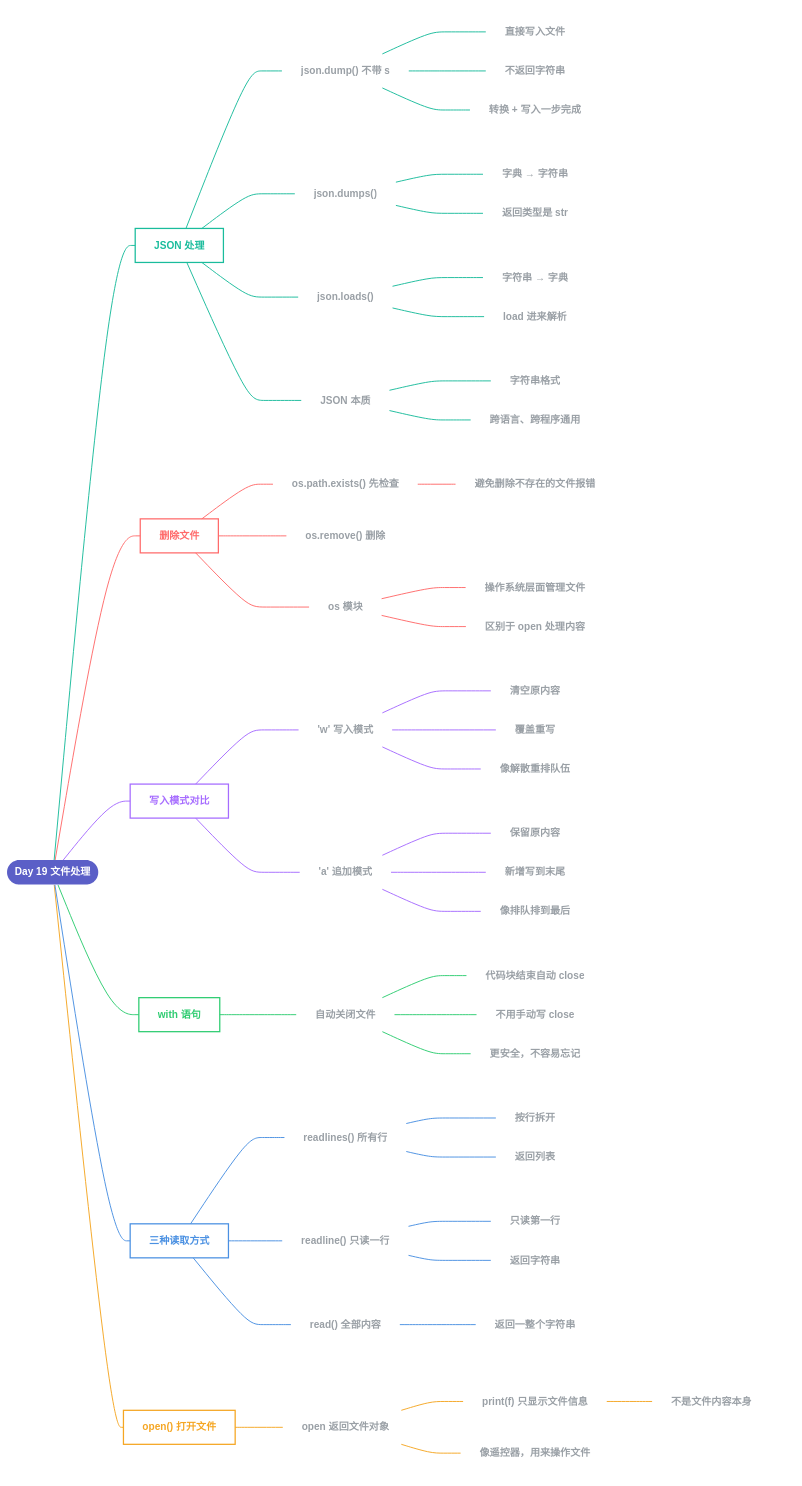
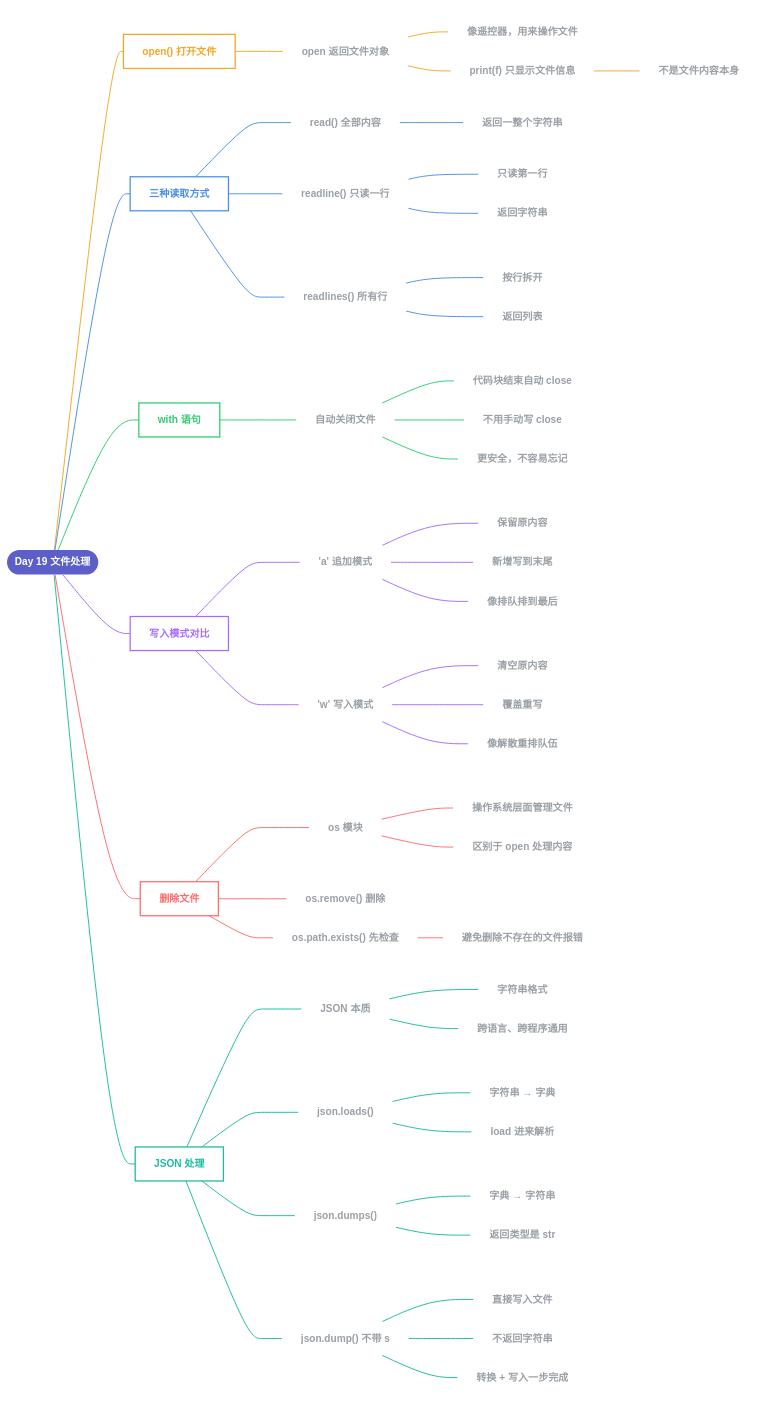
The diagram in Day19_文件处理.md (Lnnkun/30-days-of-python-notes), drawn with Mermaid before and after one commit. The commit also changed 4 other files, not shown here.

Commit message:
Day19 思维导图顺序统一（从上到下）；删除不再使用的速查图

```diff
--- a/Day19_文件处理.md
+++ b/Day19_文件处理.md
@@ -9,20 +9,14 @@
   subgraph sn1[" "]
   n1 --- n2["像遥控器，用来操作文件"]
   n1 --- n3["print(f) 只显示文件信息"]
-  subgraph sn3[" "]
   n3 --- n4["不是文件内容本身"]
-  end
-  style sn3 fill:none,stroke:none
   end
   style sn1 fill:none,stroke:none
   classDef c0 fill:none,stroke:#F5A623,stroke-width:2px,color:#F5A623,font-weight:bold
   class b0 c0
   R --- b1["三种读取方式"]
   b1 --- n5["read() 全部内容"]
-  subgraph sn5[" "]
   n5 --- n6["返回一整个字符串"]
-  end
-  style sn5 fill:none,stroke:none
   b1 --- n7["readline() 只读一行"]
   subgraph sn7[" "]
   n7 --- n8["只读第一行"]
@@ -73,10 +67,7 @@
   style sn25 fill:none,stroke:none
   b4 --- n28["os.remove() 删除"]
   b4 --- n29["os.path.exists() 先检查"]
-  subgraph sn29[" "]
   n29 --- n30["避免删除不存在的文件报错"]
-  end
-  style sn29 fill:none,stroke:none
   classDef c4 fill:none,stroke:#FF6B6B,stroke-width:2px,color:#FF6B6B,font-weight:bold
   class b4 c4
   R --- b5["JSON 处理"]
```
